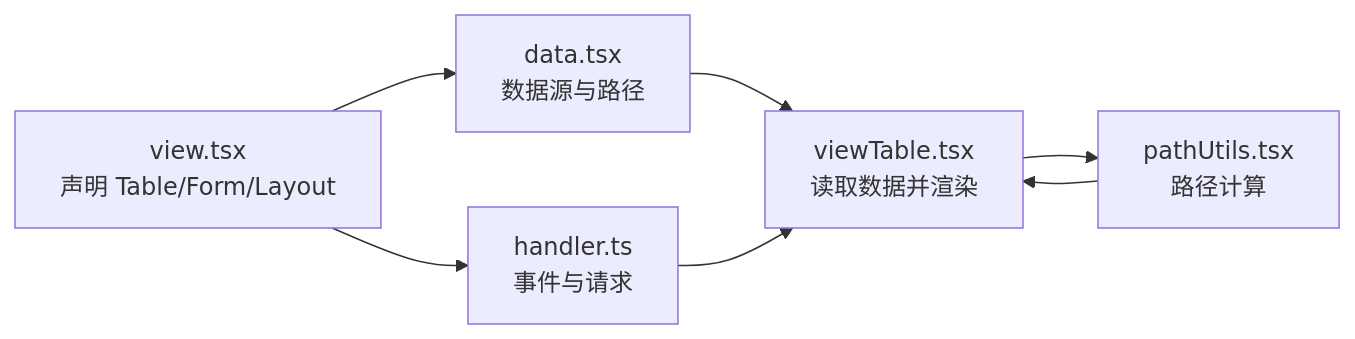
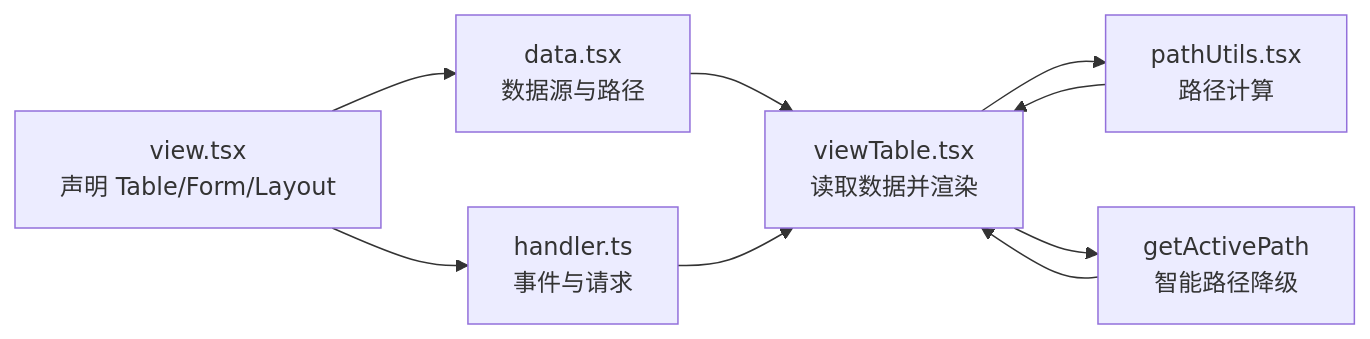
Before and after one commit to liqiongke/FrontArk: the seventh of 8 diagrams in .qoder/repowiki/zh/content/组件库/数据组件/表格组件.md, drawn with Mermaid. The commit also changed other lines of this file and 5 other files, not shown here.

````diff
--- a/.qoder/repowiki/zh/content/组件库/数据组件/表格组件.md
+++ b/.qoder/repowiki/zh/content/组件库/数据组件/表格组件.md
@@ -296,9 +316,11 @@
 ```mermaid
 graph LR
 V["view.tsx<br/>声明 Table/Form/Layout"] --> D["data.tsx<br/>数据源与路径"]
 V --> H["handler.ts<br/>事件与请求"]
 D --> T["viewTable.tsx<br/>读取数据并渲染"]
 H --> T
 T --> P["pathUtils.tsx<br/>路径计算"]
 P --> T
+T --> A["getActivePath<br/>智能路径降级"]
+A --> T
 ```
````
